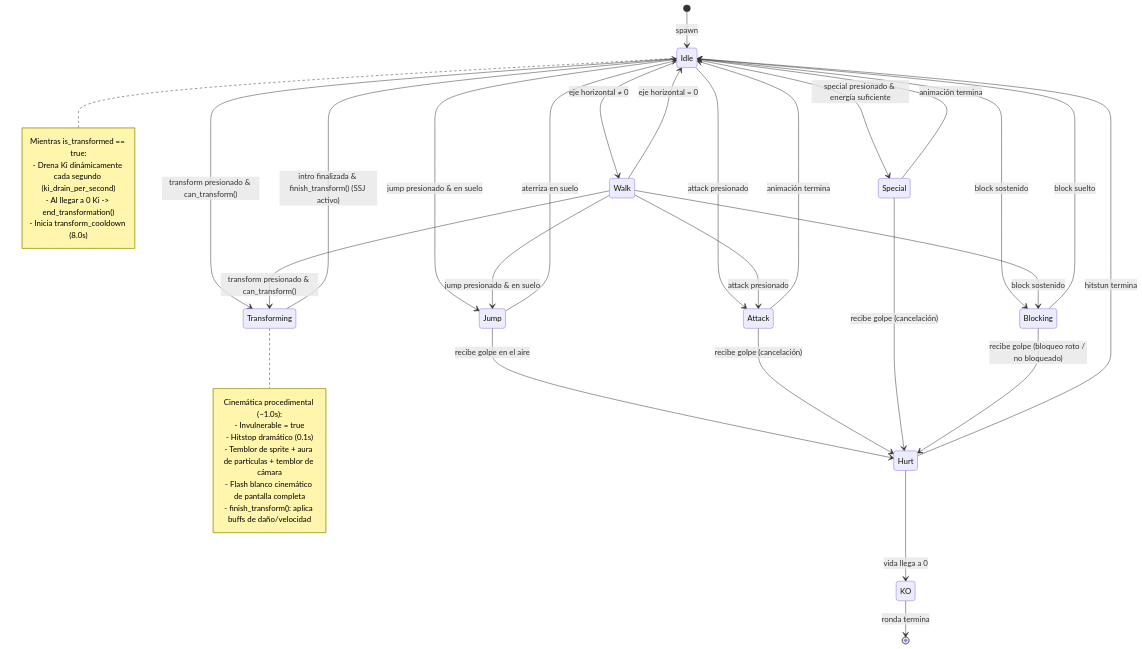
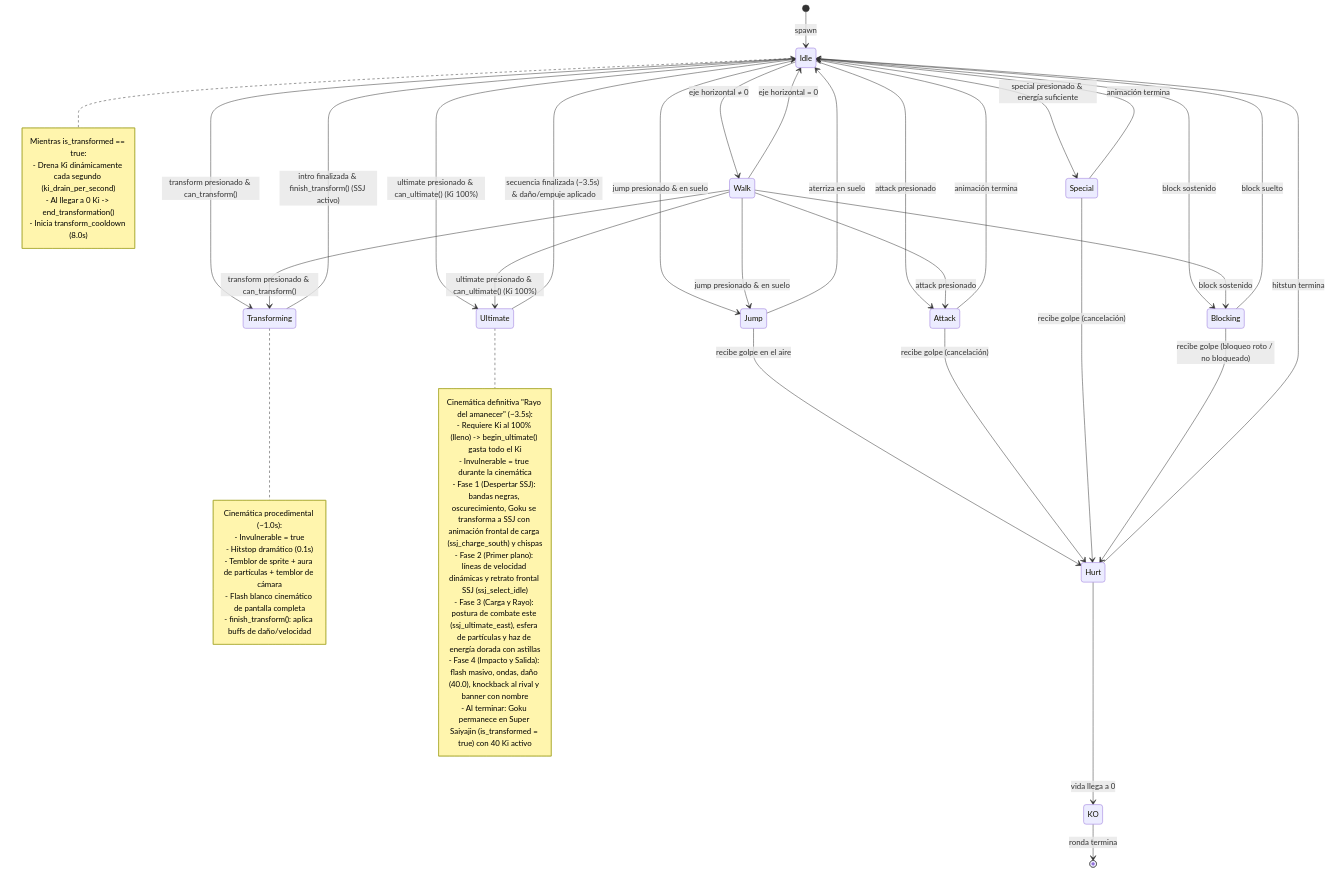
The second of 4 diagrams in docs/diagrams.md (Santi234wa/Proyecto_juego_peleas), drawn with Mermaid before and after one commit. The commit also changed other lines of this file and 132 other files, not shown here.

````diff
--- a/docs/diagrams.md
+++ b/docs/diagrams.md
@@ -292,52 +365,66 @@
 ```mermaid
 stateDiagram-v2
     [*] --> Idle : spawn
 
     Idle --> Walk        : eje horizontal ≠ 0
     Idle --> Jump        : jump presionado & en suelo
     Idle --> Attack      : attack presionado
     Idle --> Special     : special presionado & energía suficiente
     Idle --> Blocking    : block sostenido
     Idle --> Transforming: transform presionado & can_transform()
+    Idle --> Ultimate    : ultimate presionado & can_ultimate() (Ki 100%)
 
     Walk --> Idle        : eje horizontal = 0
     Walk --> Jump        : jump presionado & en suelo
     Walk --> Attack      : attack presionado
     Walk --> Blocking    : block sostenido
     Walk --> Transforming: transform presionado & can_transform()
+    Walk --> Ultimate    : ultimate presionado & can_ultimate() (Ki 100%)
 
     Transforming --> Idle: intro finalizada & finish_transform() (SSJ activo)
+    Ultimate --> Idle    : secuencia finalizada (~3.5s) & daño/empuje aplicado
 
     Jump --> Idle        : aterriza en suelo
     Jump --> Hurt        : recibe golpe en el aire
 
     Attack --> Idle      : animación termina
     Attack --> Hurt      : recibe golpe (cancelación)
 
     Special --> Idle     : animación termina
     Special --> Hurt     : recibe golpe (cancelación)
 
     Blocking --> Idle    : block suelto
     Blocking --> Hurt    : recibe golpe (bloqueo roto / no bloqueado)
 
     Hurt --> Idle        : hitstun termina
     Hurt --> KO          : vida llega a 0
 
     note right of Transforming
         Cinemática procedimental (~1.0s):
         - Invulnerable = true
         - Hitstop dramático (0.1s)
         - Temblor de sprite + aura de partículas + temblor de cámara
         - Flash blanco cinemático de pantalla completa
         - finish_transform(): aplica buffs de daño/velocidad
     end note
 
+    note right of Ultimate
+        Cinemática definitiva "Rayo del amanecer" (~3.5s):
+        - Requiere Ki al 100% (lleno) -> begin_ultimate() gasta todo el Ki
+        - Invulnerable = true durante la cinemática
+        - Fase 1 (Despertar SSJ): bandas negras, oscurecimiento, Goku se transforma a SSJ con animación frontal de carga (ssj_charge_south) y chispas
+        - Fase 2 (Primer plano): líneas de velocidad dinámicas y retrato frontal SSJ (ssj_select_idle)
+        - Fase 3 (Carga y Rayo): postura de combate este (ssj_ultimate_east), esfera de partículas y haz de energía dorada con astillas
+        - Fase 4 (Impacto y Salida): flash masivo, ondas, daño (40.0), knockback al rival y banner con nombre
+        - Al terminar: Goku permanece en Super Saiyajin (is_transformed = true) con 40 Ki activo
+    end note
+
     note right of Idle
         Mientras is_transformed == true:
         - Drena Ki dinámicamente cada segundo (ki_drain_per_second)
         - Al llegar a 0 Ki -> end_transformation()
         - Inicia transform_cooldown (8.0s)
     end note
 
     KO --> [*]           : ronda termina
 ```
````
